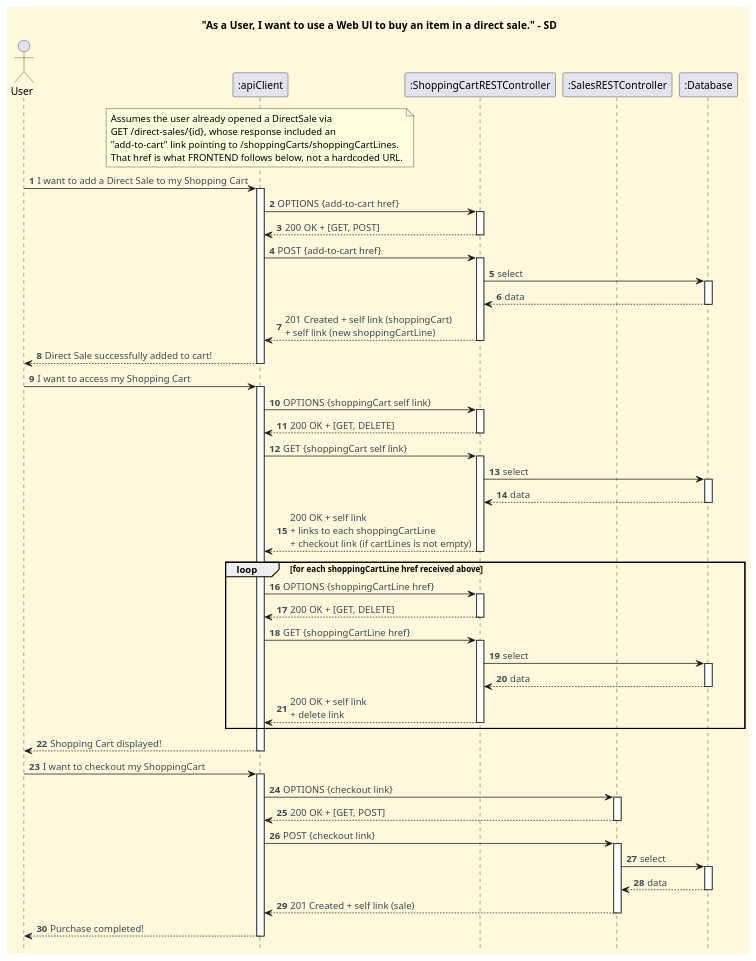
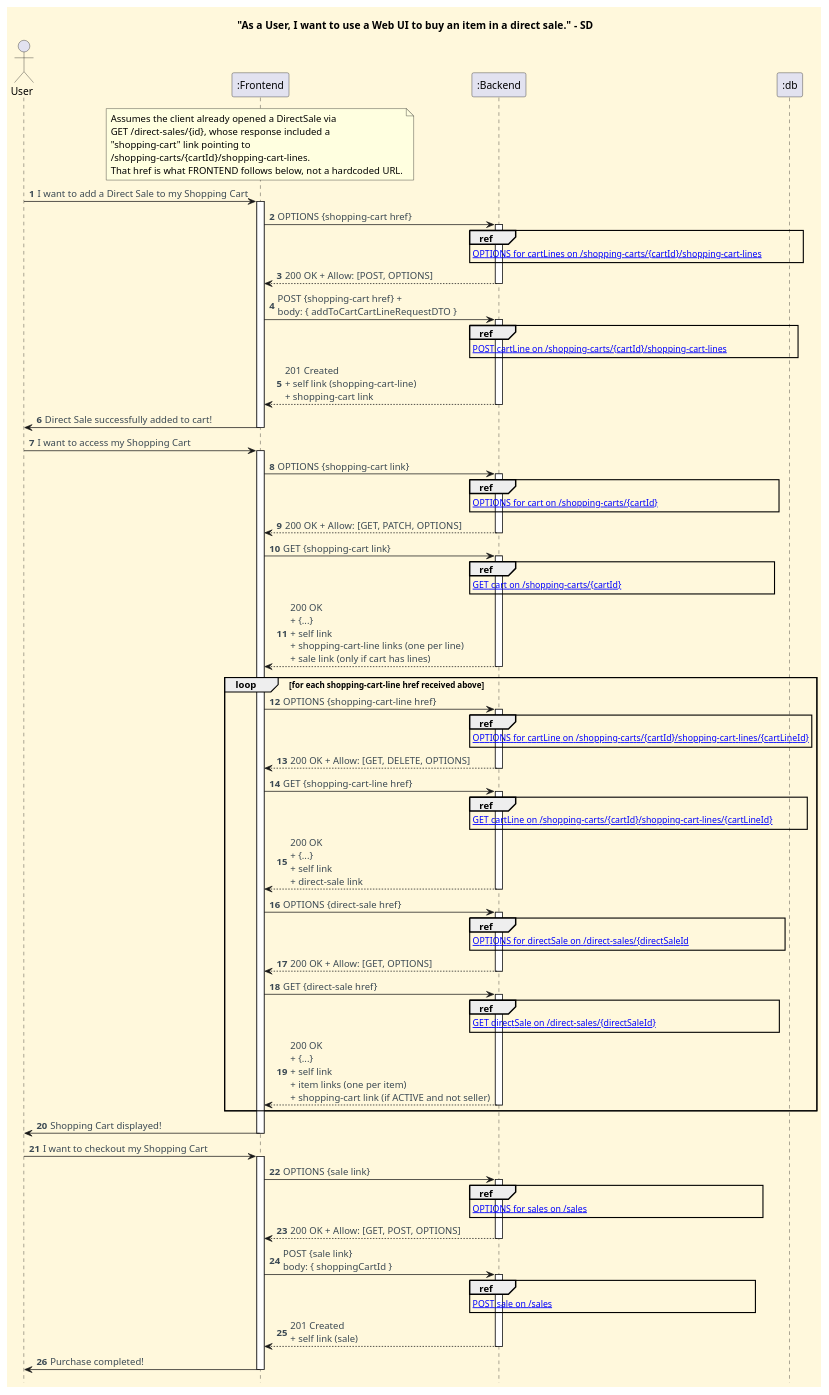
Before and after one commit to CarolinaLeite-collab/JavaMarketplacePlatform: the diagram in docs/client-server-diagrams/buy-item-on-direct-sale/Process_View_SD.puml, drawn with PlantUML. The commit also changed 1 other file, not shown here.

Commit message:
docs: updated process view level 2 diagram for *buy publication on a direct sale* functionality, refs #1173

```diff
--- a/docs/client-server-diagrams/buy-item-on-direct-sale/Process_View_SD.puml
+++ b/docs/client-server-diagrams/buy-item-on-direct-sale/Process_View_SD.puml
@@ -1,123 +1,155 @@
 @startuml
 
 '==== Title ====
-title "As a User, I want to use a Web Ul to buy an item in a direct sale." - SD
+title "As a User, I want to use a Web UI to buy an item in a direct sale." - SD
 
 '==== basic style ====
 skinparam monochrome false
 skinparam shadowing false
 skinparam defaultFontName Futura
 skinparam objectFontSize 20
 skinparam backgroundColor CornSilk
 skinparam objectBackgroundColor WhiteSmoke
 skinparam noteBackgroundColor #FFFFE0
 skinparam ArrowFontColor #3B4953
 skinparam ActivationBackgroundColor black
 hidefootbox
 autonumber
 
 ' ==== Actor and participants ====
-actor User as USER
-participant ":apiClient" as FRONTEND
-participant ":ShoppingCartRESTController" as CTL
-participant ":SalesRESTController" as SALESCTL
-participant ":Database" as DB
+actor User as BUYER
+participant ":Frontend" as FRONTEND
+participant ":Backend" as SERVER
+participant ":db" as DB
 
 note over FRONTEND
-  Assumes the user already opened a DirectSale via
-  GET /direct-sales/{id}, whose response included an
-  "add-to-cart" link pointing to /shoppingCarts/shoppingCartLines.
+  Assumes the client already opened a DirectSale via
+  GET /direct-sales/{id}, whose response included a
+  "shopping-cart" link pointing to
+  /shopping-carts/{cartId}/shopping-cart-lines.
   That href is what FRONTEND follows below, not a hardcoded URL.
 end note
 
-USER -> FRONTEND : I want to add a Direct Sale to my Shopping Cart
+BUYER -> FRONTEND : I want to add a Direct Sale to my Shopping Cart
 activate FRONTEND
 
-FRONTEND -> CTL : OPTIONS {add-to-cart href}
-activate CTL
+FRONTEND -> SERVER : OPTIONS {shopping-cart href}
+activate SERVER
 
-CTL --> FRONTEND : 200 OK + [GET, POST]
-deactivate CTL
+ref over SERVER
+[[xxx.puml OPTIONS for cartLines on /shopping-carts/{cartId}/shopping-cart-lines                 ]]
+end ref
 
-FRONTEND -> CTL : POST {add-to-cart href}
-activate CTL
+SERVER --> FRONTEND : 200 OK + Allow: [POST, OPTIONS]
+deactivate SERVER
 
-CTL -> DB : select
-activate DB
-DB --> CTL : data
-deactivate DB
+FRONTEND -> SERVER : POST {shopping-cart href} + \nbody: { addToCartCartLineRequestDTO }
+activate SERVER
 
-CTL --> FRONTEND : 201 Created + self link (shoppingCart) \n+ self link (new shoppingCartLine)
-deactivate CTL
+ref over SERVER
+[[xxx.puml POST cartLine on /shopping-carts/{cartId}/shopping-cart-lines                              ]]
+end ref
 
-FRONTEND --> USER : Direct Sale successfully added to cart!
+SERVER --> FRONTEND : 201 Created\n+ self link (shopping-cart-line)\n+ shopping-cart link
+deactivate SERVER
+
+FRONTEND -> BUYER : Direct Sale successfully added to cart!
 deactivate FRONTEND
 
-USER -> FRONTEND : I want to access my Shopping Cart
+BUYER -> FRONTEND : I want to access my Shopping Cart
 activate FRONTEND
 
-FRONTEND -> CTL : OPTIONS {shoppingCart self link}
-activate CTL
+FRONTEND -> SERVER : OPTIONS {shopping-cart link}
+activate SERVER
 
-CTL --> FRONTEND : 200 OK + [GET, DELETE]
-deactivate CTL
+ref over SERVER
+[[xxx.puml OPTIONS for cart on /shopping-carts/{cartId}                                                    ]]
+end ref
 
-FRONTEND -> CTL : GET {shoppingCart self link}
-activate CTL
+SERVER --> FRONTEND : 200 OK + Allow: [GET, PATCH, OPTIONS]
+deactivate SERVER
 
-CTL -> DB : select
-activate DB
-DB --> CTL : data
-deactivate DB
+FRONTEND -> SERVER : GET {shopping-cart link}
+activate SERVER
 
-CTL --> FRONTEND : 200 OK + self link \n+ links to each shoppingCartLine \n+ checkout link (if cartLines is not empty)
-deactivate CTL
+ref over SERVER
+[[xxx.puml GET cart on /shopping-carts/{cartId}                                                                  ]]
+end ref
 
-loop for each shoppingCartLine href received above
+SERVER --> FRONTEND : 200 OK\n+ {...} \n+ self link\n+ shopping-cart-line links (one per line)\n+ sale link (only if cart has lines)
+deactivate SERVER
 
-FRONTEND -> CTL : OPTIONS {shoppingCartLine href}
-activate CTL
+loop for each shopping-cart-line href received above
 
-CTL --> FRONTEND : 200 OK + [GET, DELETE]
-deactivate CTL
+FRONTEND -> SERVER : OPTIONS {shopping-cart-line href}
+activate SERVER
 
-FRONTEND -> CTL : GET {shoppingCartLine href}
-activate CTL
+ref over SERVER
+[[xxx.puml OPTIONS for cartLine on /shopping-carts/{cartId}/shopping-cart-lines/{cartLineId}]]
+end ref
 
-CTL -> DB : select
-activate DB
-DB --> CTL : data
-deactivate DB
+SERVER --> FRONTEND : 200 OK + Allow: [GET, DELETE, OPTIONS]
+deactivate SERVER
 
-CTL --> FRONTEND : 200 OK + self link \n+ delete link
-deactivate CTL
+FRONTEND -> SERVER : GET {shopping-cart-line href}
+activate SERVER
+
+ref over SERVER
+[[xxx.puml GET cartLine on /shopping-carts/{cartId}/shopping-cart-lines/{cartLineId}              ]]
+end ref
+
+SERVER --> FRONTEND : 200 OK\n+ {...} \n+ self link\n+ direct-sale link
+deactivate SERVER
+
+FRONTEND -> SERVER : OPTIONS {direct-sale href}
+activate SERVER
+
+ref over SERVER
+[[xxx.puml OPTIONS for directSale on /direct-sales/{directSaleId                                         ]]
+end ref
+
+SERVER --> FRONTEND : 200 OK + Allow: [GET, OPTIONS]
+deactivate SERVER
+
+FRONTEND -> SERVER : GET {direct-sale href}
+activate SERVER
+
+ref over SERVER
+[[xxx.puml GET directSale on /direct-sales/{directSaleId}                                                     ]]
+end ref
+
+SERVER --> FRONTEND : 200 OK\n+ {...} \n+ self link\n+ item links (one per item)\n+ shopping-cart link (if ACTIVE and not seller)
+deactivate SERVER
 
 end loop
 
-FRONTEND --> USER : Shopping Cart displayed!
+FRONTEND -> BUYER : Shopping Cart displayed!
 deactivate FRONTEND
 
-USER -> FRONTEND : I want to checkout my ShoppingCart
+BUYER -> FRONTEND : I want to checkout my Shopping Cart
 activate FRONTEND
 
-FRONTEND -> SALESCTL : OPTIONS {checkout link}
-activate SALESCTL
+FRONTEND -> SERVER : OPTIONS {sale link}
+activate SERVER
 
-SALESCTL --> FRONTEND : 200 OK + [GET, POST]
-deactivate SALESCTL
+ref over SERVER
+[[xxx.puml OPTIONS for sales on /sales                                                                            ]]
+end ref
 
-FRONTEND -> SALESCTL : POST {checkout link}
-activate SALESCTL
+SERVER --> FRONTEND : 200 OK + Allow: [GET, POST, OPTIONS]
+deactivate SERVER
 
-SALESCTL -> DB : select
-activate DB
-DB --> SALESCTL : data
-deactivate DB
+FRONTEND -> SERVER : POST {sale link}\nbody: { shoppingCartId }
+activate SERVER
 
-SALESCTL --> FRONTEND : 201 Created + self link (sale)
-deactivate SALESCTL
+ref over SERVER
+[[./rest-sd-ref-diagrams/POST_sale.puml POST sale on /sales                                                                                        ]]
+end ref
 
-FRONTEND --> USER : Purchase completed!
+SERVER --> FRONTEND : 201 Created\n+ self link (sale)
+deactivate SERVER
+
+FRONTEND -> BUYER : Purchase completed!
 deactivate FRONTEND
 
 @enduml
```
